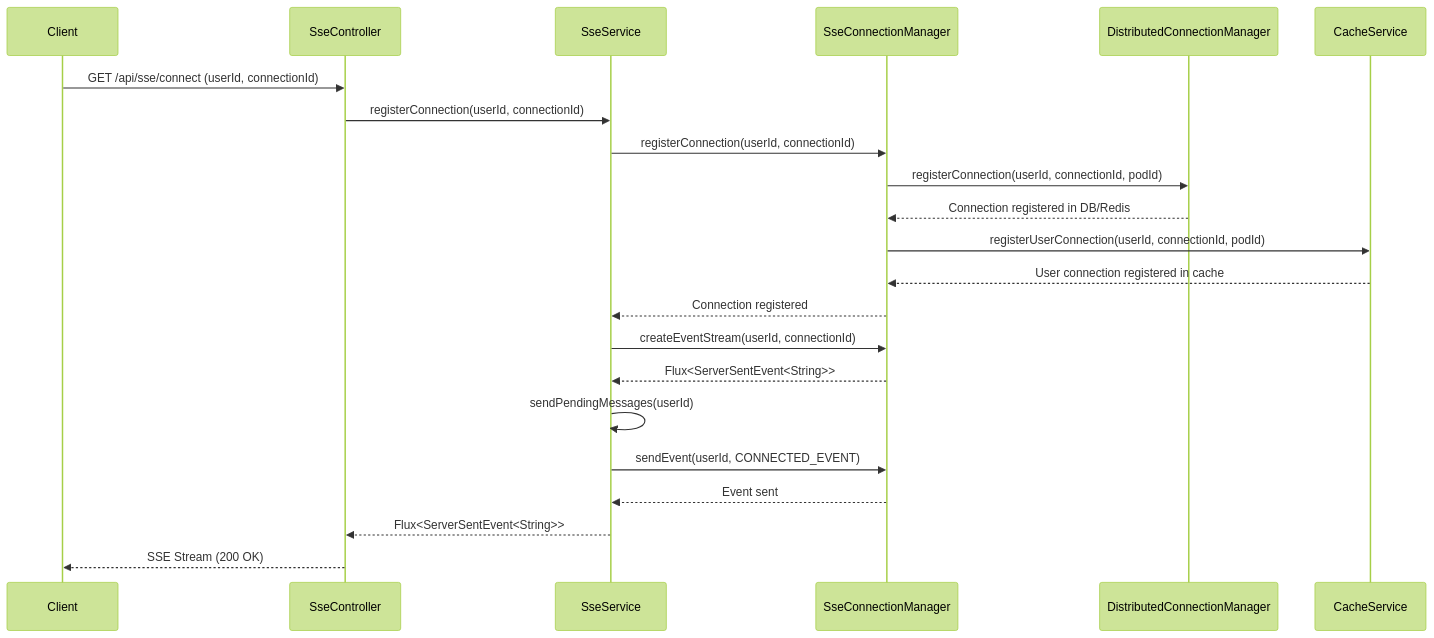
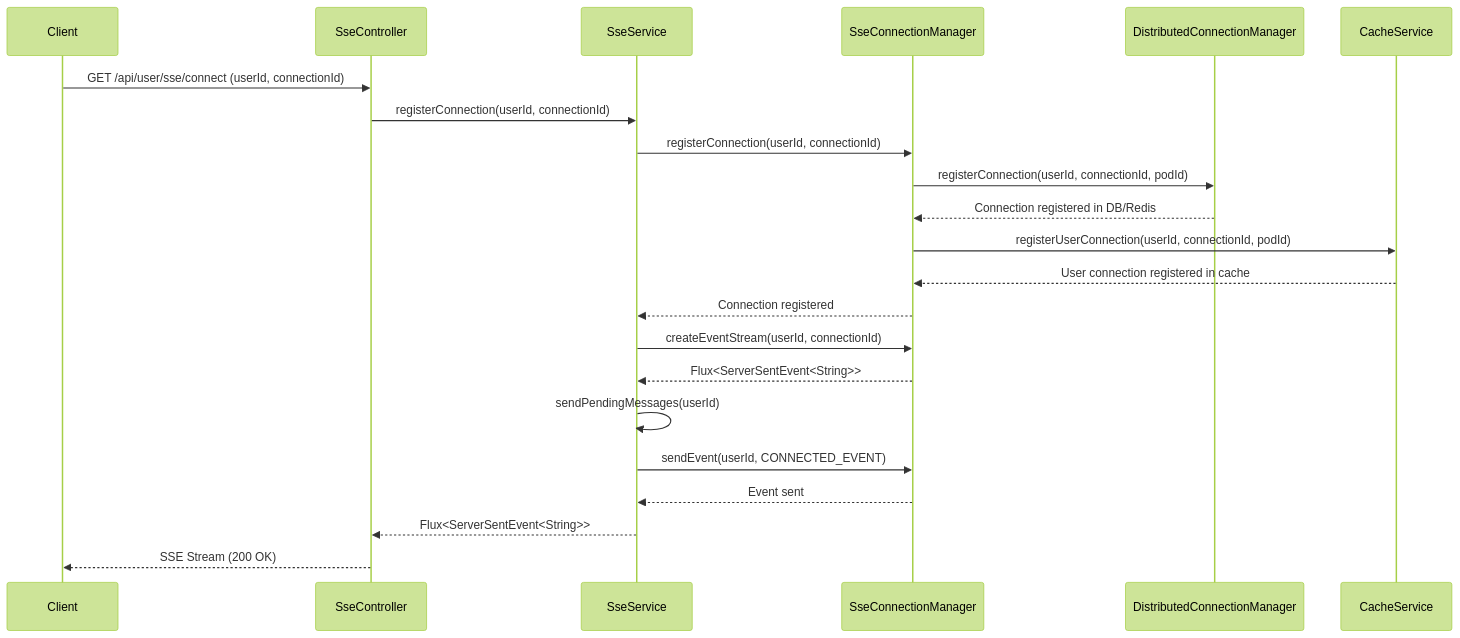
One commit to rsrini7/Notification-SSE-GLM-Flux changed the first of 3 diagrams in broadcast-microservice/docs/04_user_connection_management1.md. Above: the diagram before and after it, drawn with Mermaid (forest theme). The commit also changed other lines of this file and 19 other files, not shown here.

First line of the commit message:
refactor(sse): update SSE endpoint paths to include '/user' prefix

````diff
--- a/broadcast-microservice/docs/04_user_connection_management1.md
+++ b/broadcast-microservice/docs/04_user_connection_management1.md
@@ -44,25 +44,25 @@
 ```mermaid
 sequenceDiagram
     participant Client
     participant SseController
     participant SseService
     participant SseConnectionManager
     participant DistributedConnectionManager
     participant CacheService
 
-    Client->>SseController: GET /api/sse/connect (userId, connectionId)
+    Client->>SseController: GET /api/user/sse/connect (userId, connectionId)
     SseController->>SseService: registerConnection(userId, connectionId)
     SseService->>SseConnectionManager: registerConnection(userId, connectionId)
     SseConnectionManager->>DistributedConnectionManager: registerConnection(userId, connectionId, podId)
     DistributedConnectionManager-->>SseConnectionManager: Connection registered in DB/Redis
     SseConnectionManager->>CacheService: registerUserConnection(userId, connectionId, podId)
     CacheService-->>SseConnectionManager: User connection registered in cache
     SseConnectionManager-->>SseService: Connection registered
     SseService->>SseConnectionManager: createEventStream(userId, connectionId)
     SseConnectionManager-->>SseService: Flux<ServerSentEvent<String>>
     SseService->>SseService: sendPendingMessages(userId)
     SseService->>SseConnectionManager: sendEvent(userId, CONNECTED_EVENT)
     SseConnectionManager-->>SseService: Event sent
     SseService-->>SseController: Flux<ServerSentEvent<String>>
     SseController-->>Client: SSE Stream (200 OK)
 ```
````
